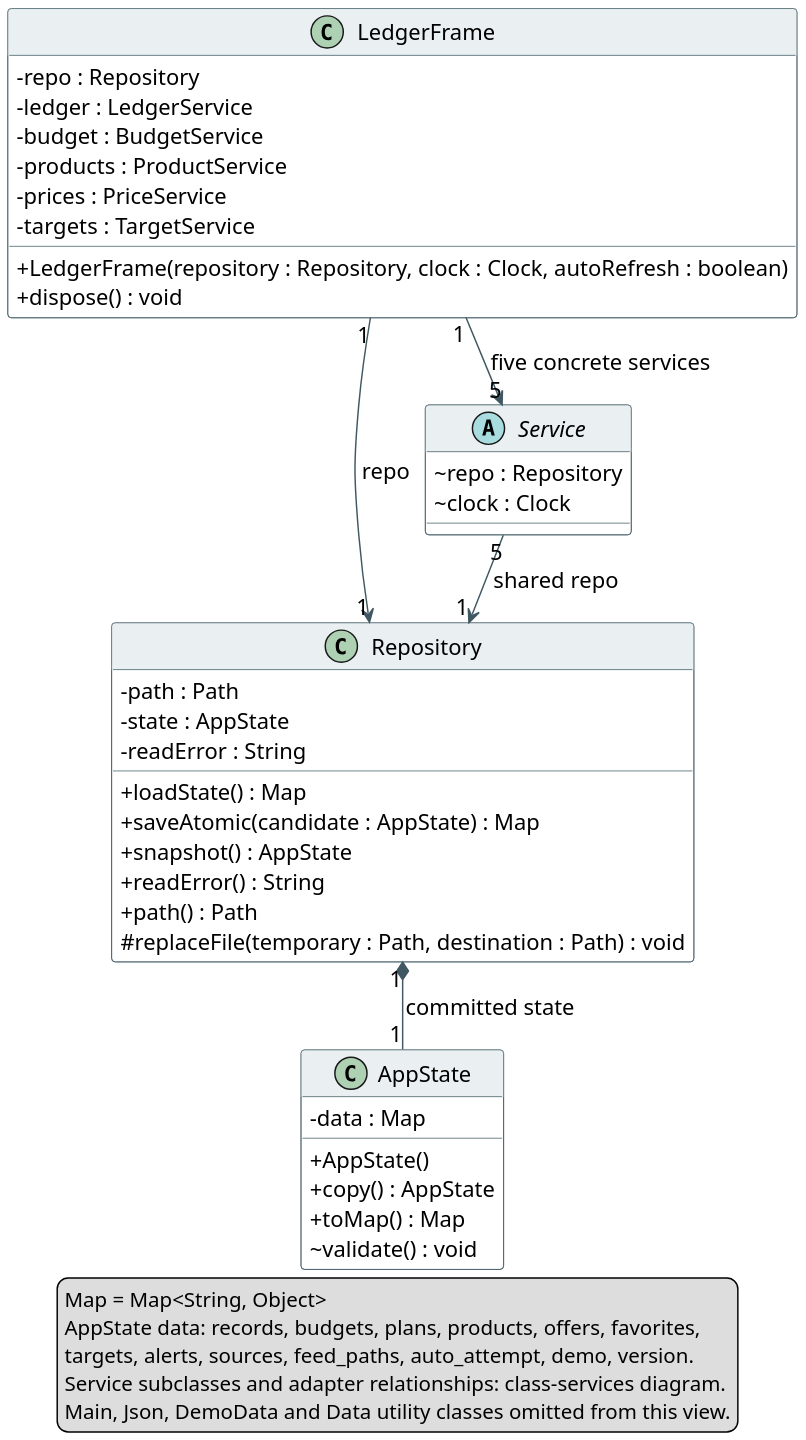
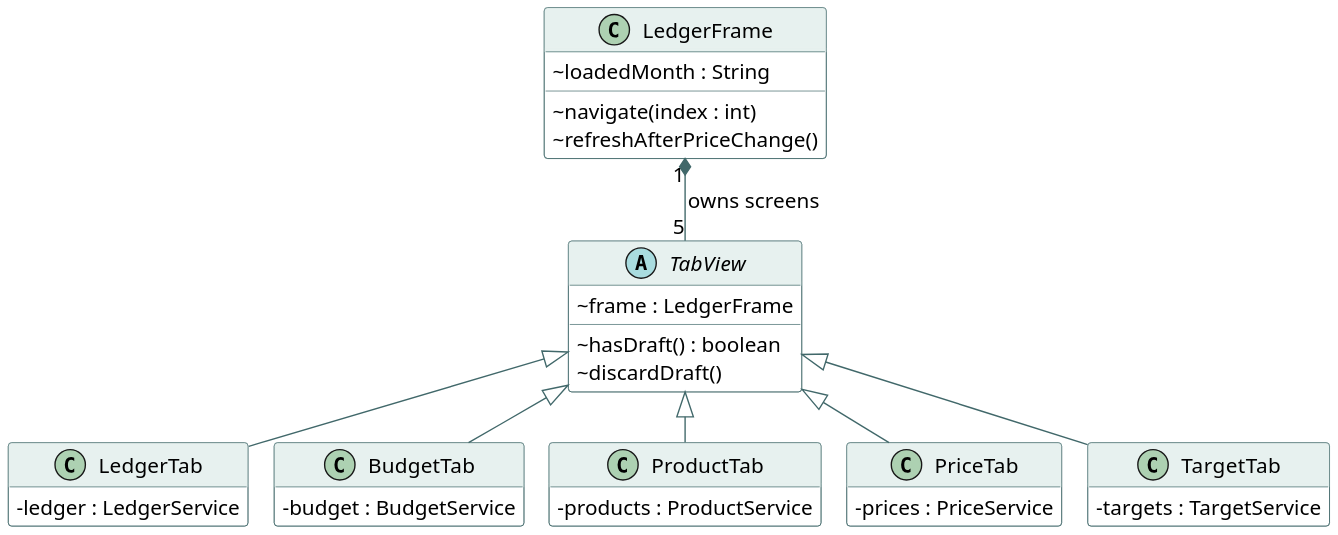
Before and after one commit to hyeonsu-test/smart-grocery-ledger: the diagram in doc/class-storage-ui.puml, drawn with PlantUML. The commit also changed 54 other files, not shown here.

Commit message:
Split Swing tabs and model products and price observations as immutable records

```diff
--- a/doc/class-storage-ui.puml
+++ b/doc/class-storage-ui.puml
@@ -1,58 +1,45 @@
 @startuml
 !pragma layout smetana
-skinparam dpi 180
+skinparam dpi 170
 skinparam shadowing false
 skinparam classAttributeIconSize 0
 skinparam defaultFontName Arial
 skinparam defaultFontSize 15
 skinparam classBackgroundColor #FFFFFF
-skinparam classBorderColor #405862
-skinparam classHeaderBackgroundColor #EAF0F2
-skinparam ArrowColor #405862
-skinparam nodesep 45
-skinparam ranksep 45
+skinparam classBorderColor #41686A
+skinparam classHeaderBackgroundColor #E7F1EF
+skinparam ArrowColor #41686A
+hide empty members
 top to bottom direction
 class LedgerFrame {
-  - repo : Repository
+  ~ loadedMonth : String
+  ~ navigate(index : int)
+  ~ refreshAfterPriceChange()
+}
+abstract class TabView {
+  ~ frame : LedgerFrame
+  ~ hasDraft() : boolean
+  ~ discardDraft()
+}
+class LedgerTab {
   - ledger : LedgerService
+}
+class BudgetTab {
   - budget : BudgetService
+}
+class ProductTab {
   - products : ProductService
+}
+class PriceTab {
   - prices : PriceService
+}
+class TargetTab {
   - targets : TargetService
-  + LedgerFrame(repository : Repository, clock : Clock, autoRefresh : boolean)
-  + dispose() : void
 }
-class Repository {
-  - path : Path
-  - state : AppState
-  - readError : String
-  + loadState() : Map
-  + saveAtomic(candidate : AppState) : Map
-  + snapshot() : AppState
-  + readError() : String
-  + path() : Path
-  # replaceFile(temporary : Path, destination : Path) : void
-}
-class AppState {
-  - data : Map
-  + AppState()
-  + copy() : AppState
-  + toMap() : Map
-  ~ validate() : void
-}
-abstract class Service {
-  ~ repo : Repository
-  ~ clock : Clock
-}
-LedgerFrame "1" --> "1" Repository : repo
-LedgerFrame "1" --> "5" Service : five concrete services
-Service "5" --> "1" Repository : shared repo
-Repository "1" *-- "1" AppState : committed state
-legend bottom
-  Map = Map<String, Object>
-  AppState data: records, budgets, plans, products, offers, favorites,
-  targets, alerts, sources, feed_paths, auto_attempt, demo, version.
-  Service subclasses and adapter relationships: class-services diagram.
-  Main, Json, DemoData and Data utility classes omitted from this view.
-endlegend
+LedgerFrame "1" *-- "5" TabView : owns screens
+TabView <|-- LedgerTab
+TabView <|-- BudgetTab
+TabView <|-- ProductTab
+TabView <|-- PriceTab
+TabView <|-- TargetTab
 @enduml
```
